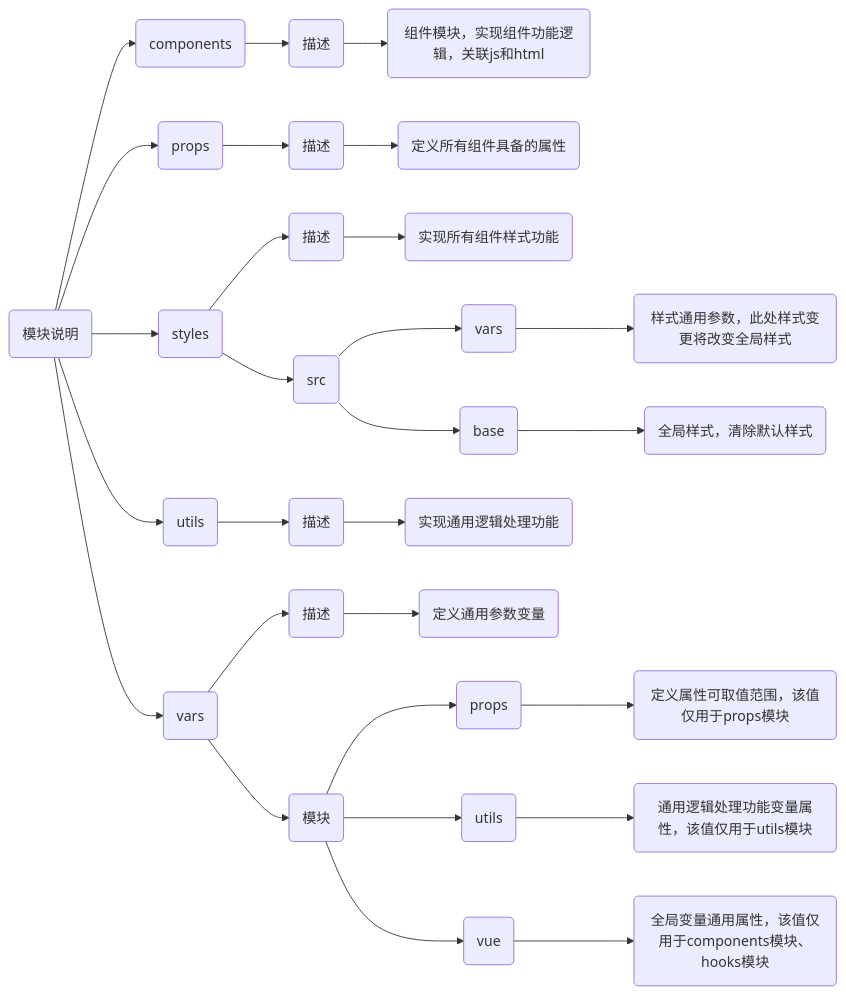
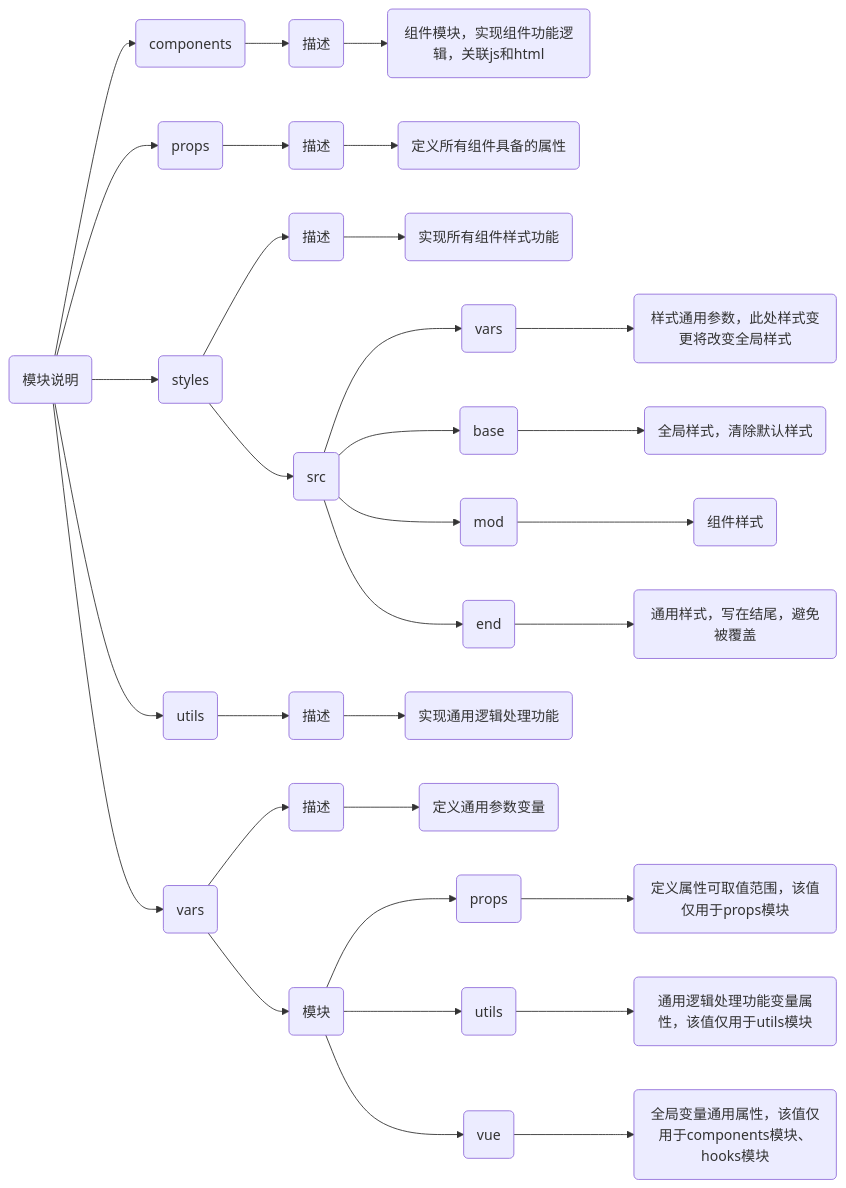
Before and after one commit to IsolatedTraveler/wdxx-ui: the diagram in packages/README.md, drawn with Mermaid. The commit also changed 24 other files, not shown here.

````diff
--- a/packages/README.md
+++ b/packages/README.md
@@ -1,17 +1,19 @@
 ```mermaid
 graph LR
 A("模块说明")-->AA("components")-->AAA("描述")-->AAAA("组件模块，实现组件功能逻辑，关联js和html")
 
 A-->AB("props")-->ABA("描述")-->ABAA("定义所有组件具备的属性")
 
 A-->AC("styles")-->ACA("描述")-->ACAA("实现所有组件样式功能")
 AC-->ACB("src")-->ACBA("vars")-->ACBAA("样式通用参数，此处样式变更将改变全局样式")
 ACB-->ACBB("base")-->ACBBA("全局样式，清除默认样式")
+ACB-->ACBC("mod")-->ACBCA("组件样式")
+ACB-->ACBD("end")-->ACBDA("通用样式，写在结尾，避免被覆盖")
 
 A-->AD("utils")-->ADA("描述")-->ADAA("实现通用逻辑处理功能")
 
 A-->AE("vars")-->AEA("描述")-->AEAA("定义通用参数变量")
 AE-->AEB("模块")-->AEBA("props")-->AEBAA("定义属性可取值范围，该值仅用于props模块")
 AEB-->AEBC("utils")-->AEBCA("通用逻辑处理功能变量属性，该值仅用于utils模块")
 AEB-->AEBD("vue")-->AEBDA("全局变量通用属性，该值仅用于components模块、hooks模块")
 ```
````
